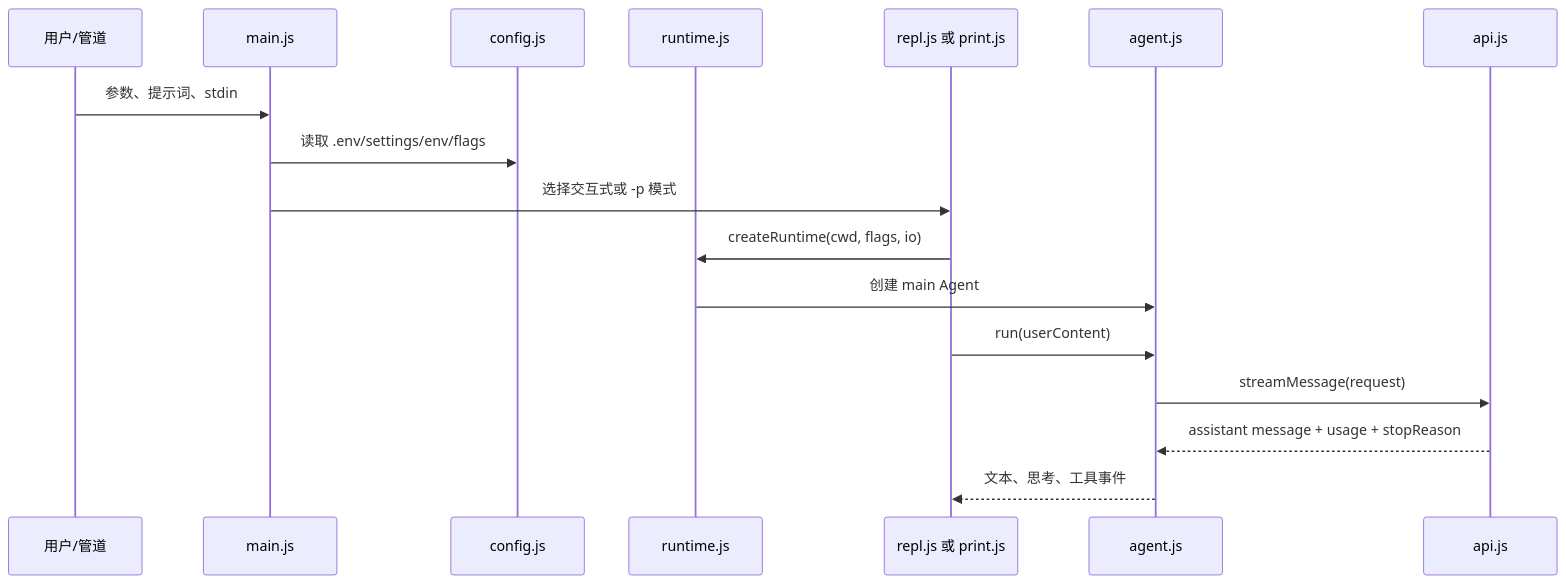
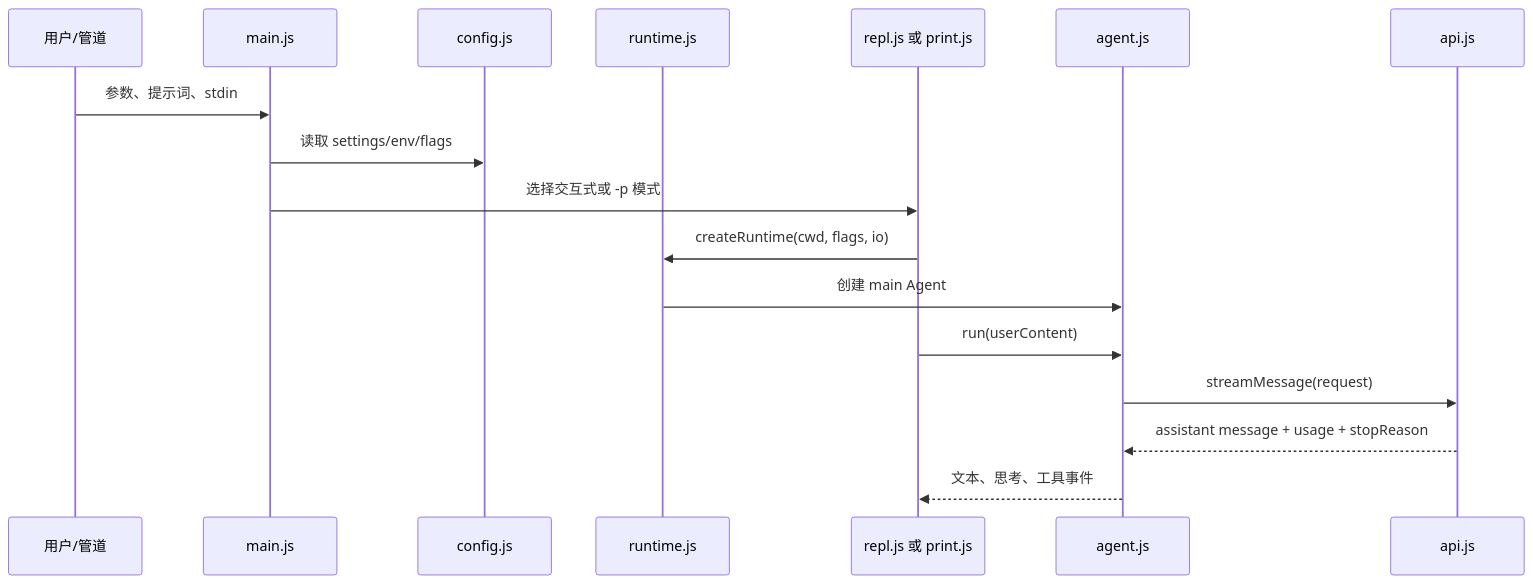
One commit to yanzaocheng/copy-claude-code changed the second of 3 diagrams in ARCHITECTURE.md. Above: the diagram before and after it, drawn with Mermaid. The commit also changed other lines of this file and 10 other files, not shown here.

````diff
--- a/ARCHITECTURE.md
+++ b/ARCHITECTURE.md
@@ -48,20 +48,20 @@
 ```mermaid
 sequenceDiagram
     participant User as 用户/管道
     participant Main as main.js
     participant Config as config.js
     participant Runtime as runtime.js
     participant UI as repl.js 或 print.js
     participant Agent as agent.js
     participant API as api.js
 
     User->>Main: 参数、提示词、stdin
-    Main->>Config: 读取 .env/settings/env/flags
+    Main->>Config: 读取 settings/env/flags
     Main->>UI: 选择交互式或 -p 模式
     UI->>Runtime: createRuntime(cwd, flags, io)
     Runtime->>Agent: 创建 main Agent
     UI->>Agent: run(userContent)
     Agent->>API: streamMessage(request)
     API-->>Agent: assistant message + usage + stopReason
     Agent-->>UI: 文本、思考、工具事件
 ```
````
